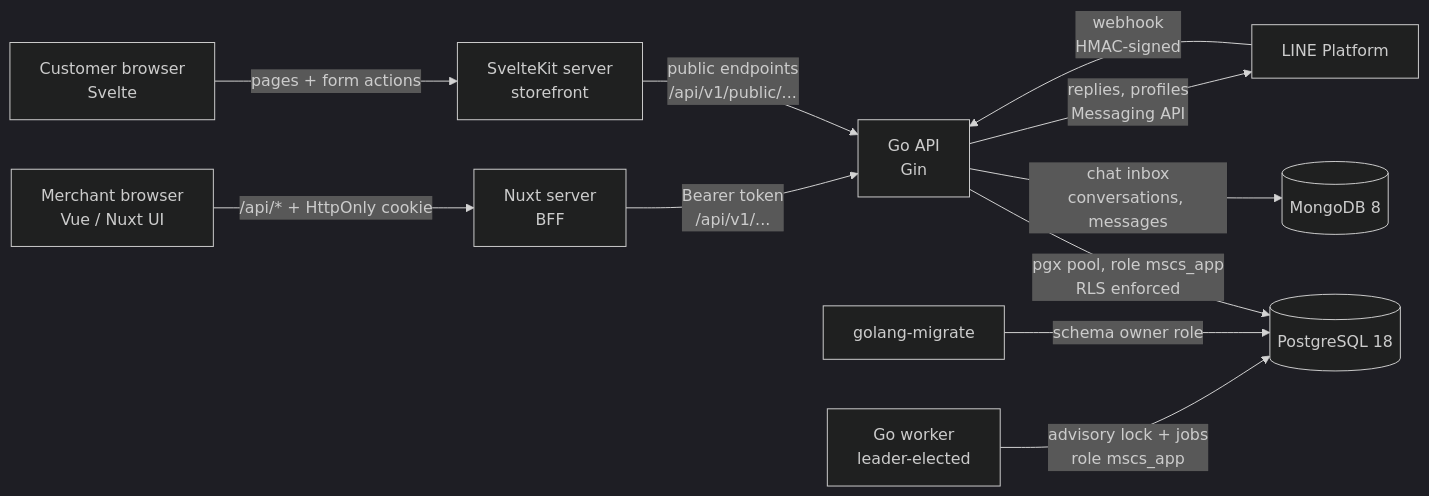
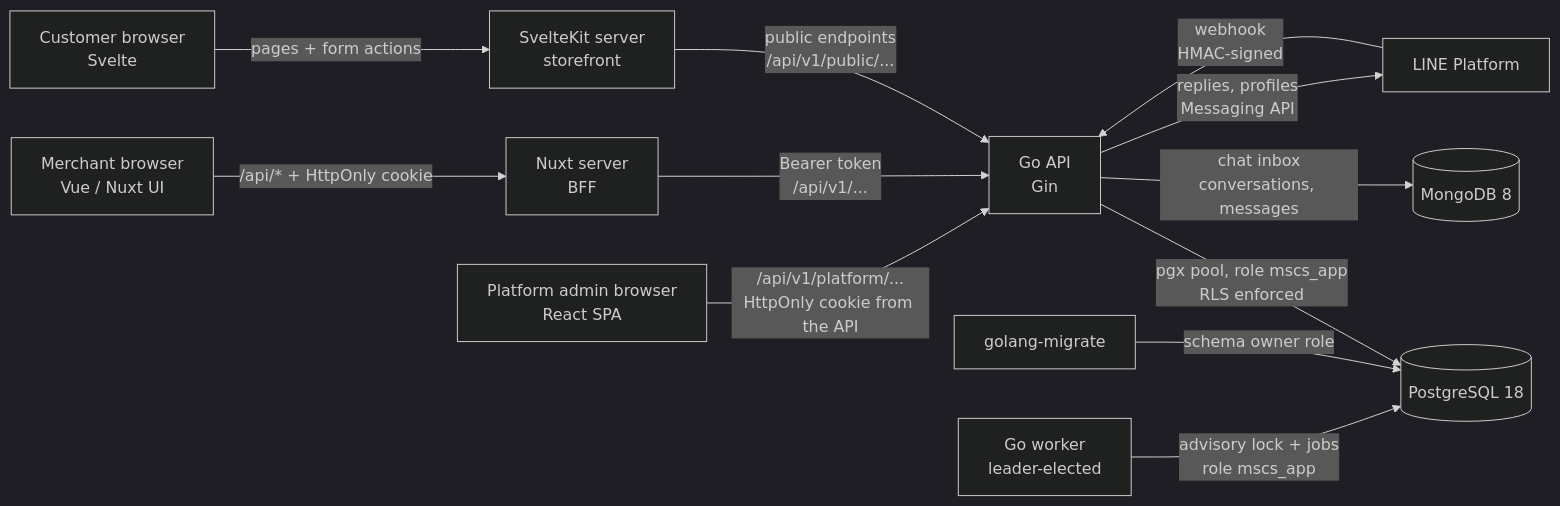
Before and after one commit to AriyaChakot/Minis-social-commerce-SaaS: the diagram in README.md, drawn with Mermaid (dark theme). The commit also changed other lines of this file and 34 other files, not shown here.

Commit message:
feat: add react platform console with cross-shop stats, shop suspension and audit log

````diff
--- a/README.md
+++ b/README.md
@@ -48,13 +51,14 @@
 ```mermaid
 flowchart LR
     B[Merchant browser<br/>Vue / Nuxt UI] -- "/api/* + HttpOnly cookie" --> N[Nuxt server<br/>BFF]
     C[Customer browser<br/>Svelte] -- "pages + form actions" --> S[SvelteKit server<br/>storefront]
+    A[Platform admin browser<br/>React SPA] -- "/api/v1/platform/...<br/>HttpOnly cookie from the API" --> G
     N -- "Bearer token<br/>/api/v1/..." --> G[Go API<br/>Gin]
     S -- "public endpoints<br/>/api/v1/public/..." --> G
     G -- "pgx pool, role mscs_app<br/>RLS enforced" --> P[(PostgreSQL 18)]
     G -- "chat inbox<br/>conversations, messages" --> M[(MongoDB 8)]
     L[LINE Platform] -- "webhook<br/>HMAC-signed" --> G
     G -- "replies, profiles<br/>Messaging API" --> L
     MG[golang-migrate] -- "schema owner role" --> P
     W[Go worker<br/>leader-elected] -- "advisory lock + jobs<br/>role mscs_app" --> P
 ```
````
